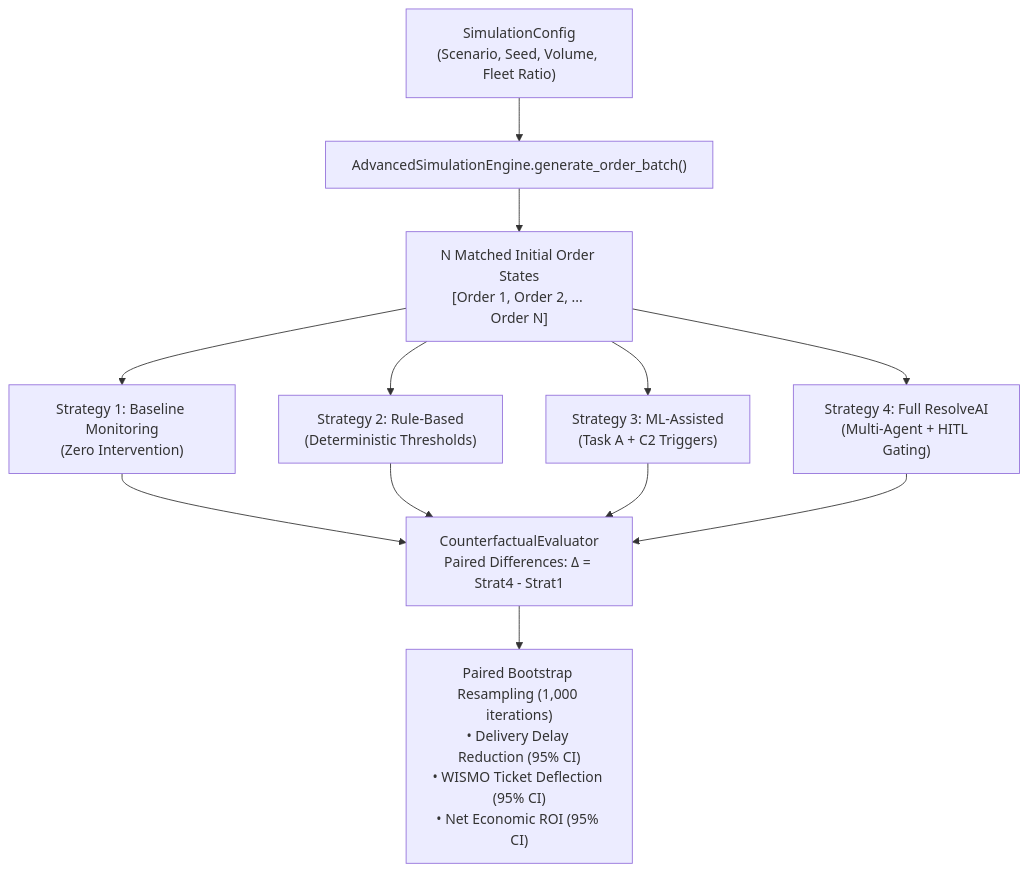
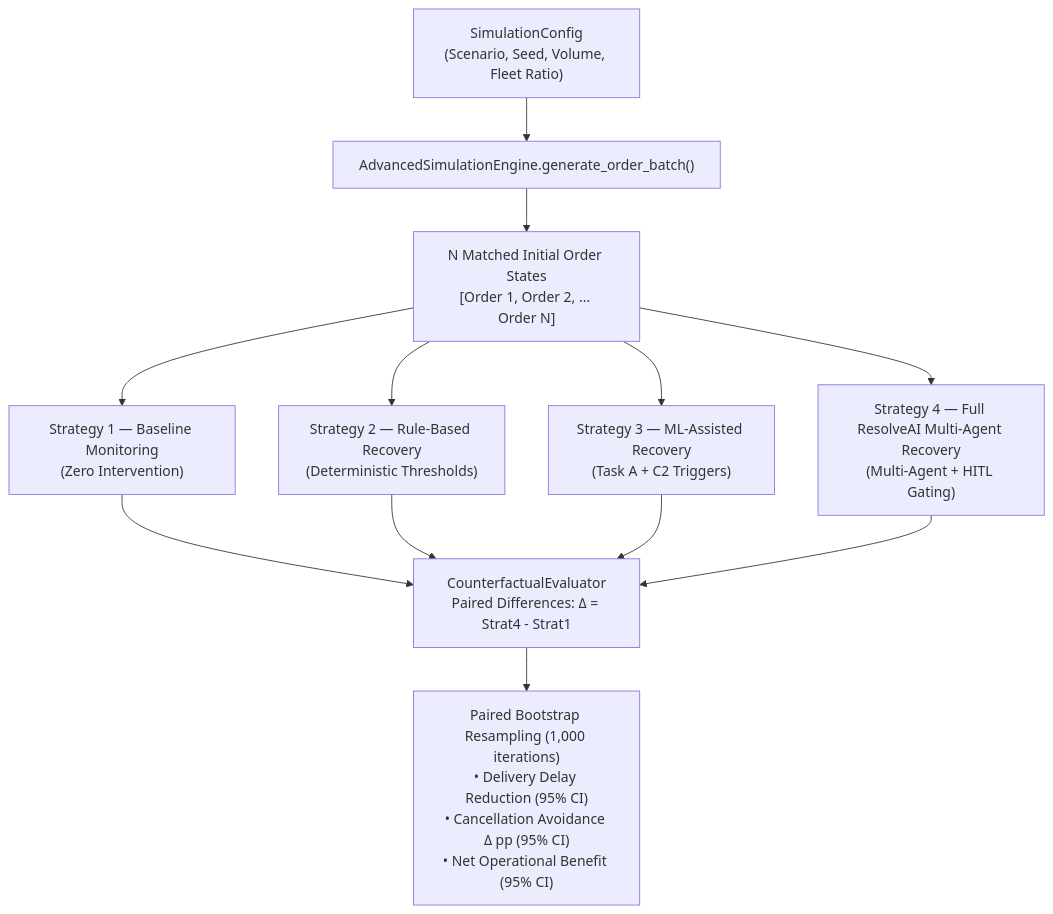
The diagram in docs/simulation_methodology_and_roi_audit.md (Gnanendhra28/Swiggy-ResolveAI), drawn with Mermaid before and after one commit. The commit also changed other lines of this file and 15 other files, not shown here.

````diff
--- a/docs/simulation_methodology_and_roi_audit.md
+++ b/docs/simulation_methodology_and_roi_audit.md
@@ -15,17 +15,17 @@
 ```mermaid
 flowchart TD
     Config["SimulationConfig\n(Scenario, Seed, Volume, Fleet Ratio)"] --> Generator["AdvancedSimulationEngine.generate_order_batch()"]
     Generator --> States["N Matched Initial Order States\n[Order 1, Order 2, ... Order N]"]
     
-    States --> Strat1["Strategy 1: Baseline Monitoring\n(Zero Intervention)"]
-    States --> Strat2["Strategy 2: Rule-Based\n(Deterministic Thresholds)"]
-    States --> Strat3["Strategy 3: ML-Assisted\n(Task A + C2 Triggers)"]
-    States --> Strat4["Strategy 4: Full ResolveAI\n(Multi-Agent + HITL Gating)"]
+    States --> Strat1["Strategy 1 — Baseline Monitoring\n(Zero Intervention)"]
+    States --> Strat2["Strategy 2 — Rule-Based Recovery\n(Deterministic Thresholds)"]
+    States --> Strat3["Strategy 3 — ML-Assisted Recovery\n(Task A + C2 Triggers)"]
+    States --> Strat4["Strategy 4 — Full ResolveAI Multi-Agent Recovery\n(Multi-Agent + HITL Gating)"]
     
     Strat1 --> Eval["CounterfactualEvaluator\nPaired Differences: Δ = Strat4 - Strat1"]
     Strat2 --> Eval
     Strat3 --> Eval
     Strat4 --> Eval
     
-    Eval --> Stats["Paired Bootstrap Resampling (1,000 iterations)\n• Delivery Delay Reduction (95% CI)\n• WISMO Ticket Deflection (95% CI)\n• Net Economic ROI (95% CI)"]
+    Eval --> Stats["Paired Bootstrap Resampling (1,000 iterations)\n• Delivery Delay Reduction (95% CI)\n• Cancellation Avoidance Δ pp (95% CI)\n• Net Operational Benefit (95% CI)"]
 ```
````
